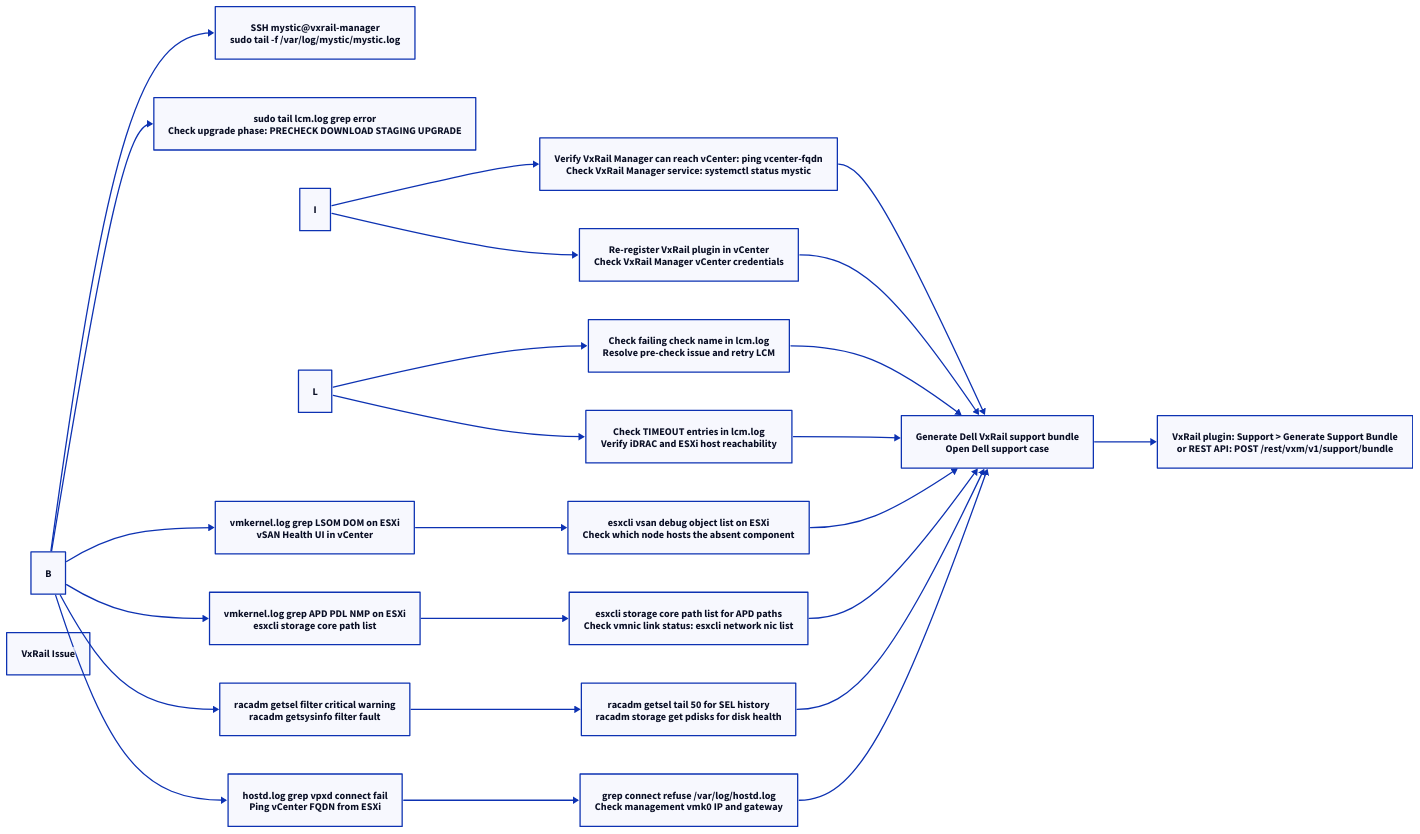
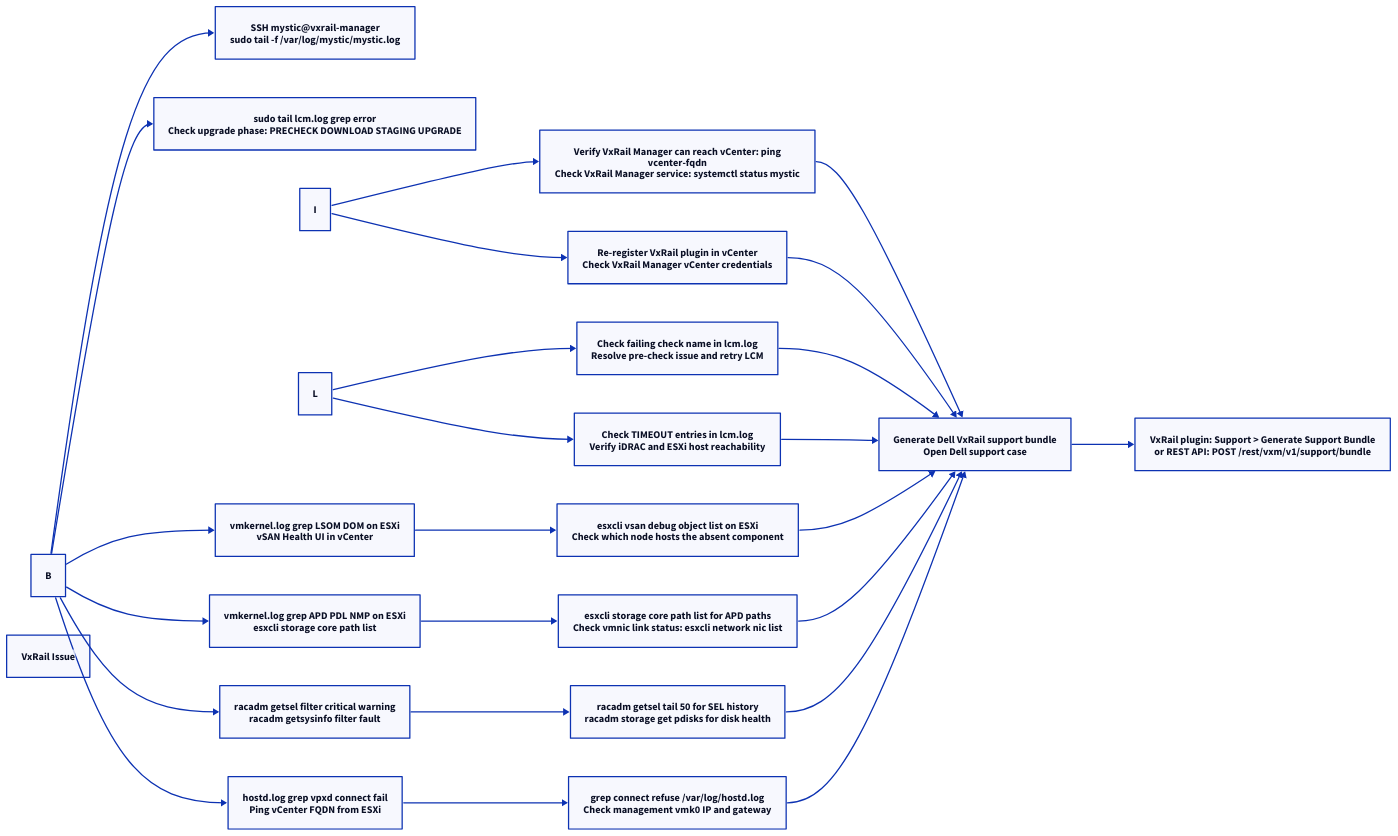
One commit to canast01/chris-kb changed the first of 2 diagrams in docs/virtualization/vmware/vxrail/troubleshooting/diagnostics.md. Above: the diagram before and after it, drawn with D2. The commit also changed 192 other files, not shown here.

````diff
--- a/docs/virtualization/vmware/vxrail/troubleshooting/diagnostics.md
+++ b/docs/virtualization/vmware/vxrail/troubleshooting/diagnostics.md
@@ -18,48 +18,48 @@
 ```d2
 direction: right
 
 B: "B" {shape: rectangle}
 C: "SSH mystic@vxrail-manager\nsudo tail -f /var/log/mystic/mystic.log" {shape: rectangle}
 D: "sudo tail lcm.log grep error\nCheck upgrade phase: PRECHECK DOWNLOAD STAGING UPGRADE" {shape: rectangle}
 E: "vmkernel.log grep LSOM DOM on ESXi\nvSAN Health UI in vCenter" {shape: rectangle}
 F: "vmkernel.log grep APD PDL NMP on ESXi\nesxcli storage core path list" {shape: rectangle}
 G: "racadm getsel filter critical warning\nracadm getsysinfo filter fault" {shape: rectangle}
 H: "hostd.log grep vpxd connect fail\nPing vCenter FQDN from ESXi" {shape: rectangle}
 I: "I" {shape: rectangle}
-J: "Verify VxRail Manager can reach vCenter: ping vcenter-fqdn\nCheck VxRail Manager service: systemctl status mystic" {shape: rectangle}
+J: "Verify VxRail Manager can reach vCenter: ping\nvcenter-fqdn\nCheck VxRail Manager service: systemctl status mystic" {shape: rectangle}
 K: "Re-register VxRail plugin in vCenter\nCheck VxRail Manager vCenter credentials" {shape: rectangle}
 L: "L" {shape: rectangle}
 M: "Check failing check name in lcm.log\nResolve pre-check issue and retry LCM" {shape: rectangle}
 N: "Check TIMEOUT entries in lcm.log\nVerify iDRAC and ESXi host reachability" {shape: rectangle}
 O: "esxcli vsan debug object list on ESXi\nCheck which node hosts the absent component" {shape: rectangle}
 P: "esxcli storage core path list for APD paths\nCheck vmnic link status: esxcli network nic list" {shape: rectangle}
 Q: "racadm getsel tail 50 for SEL history\nracadm storage get pdisks for disk health" {shape: rectangle}
 R: "grep connect refuse /var/log/hostd.log\nCheck management vmk0 IP and gateway" {shape: rectangle}
 S: "Generate Dell VxRail support bundle\nOpen Dell support case" {shape: rectangle}
 T: "VxRail plugin: Support > Generate Support Bundle\nor REST API: POST /rest/vxm/v1/support/bundle" {shape: rectangle}
 A: "VxRail Issue" {shape: rectangle}
 
 B -> C
 B -> D
 B -> E
 B -> F
 B -> G
 B -> H
 I -> J
 I -> K
 L -> M
 L -> N
 E -> O
 F -> P
 G -> Q
 H -> R
 J -> S
 K -> S
 M -> S
 N -> S
 O -> S
 P -> S
 Q -> S
 R -> S
 S -> T
 ```
````
